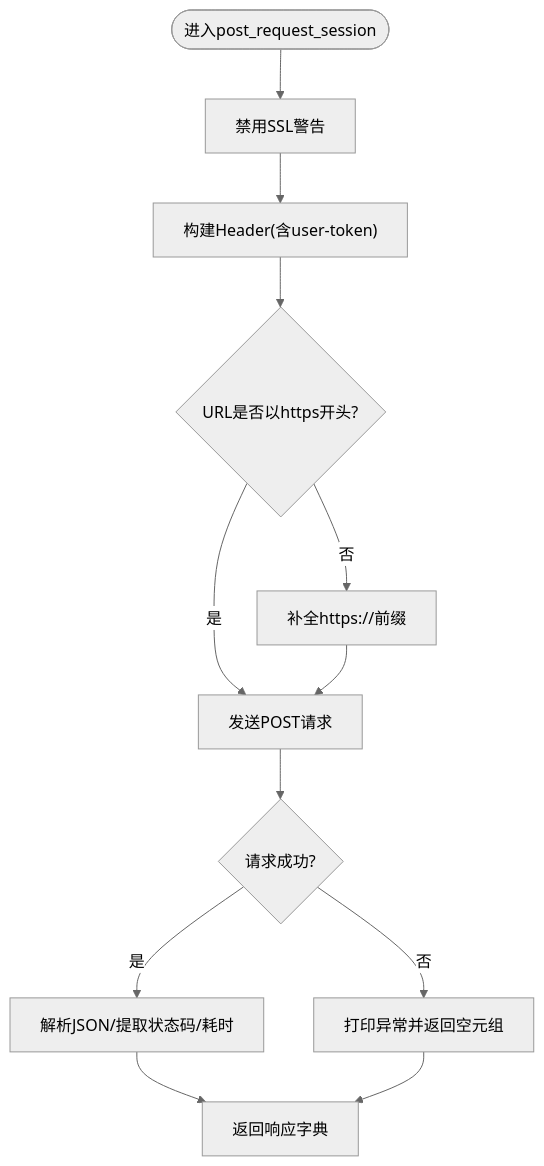
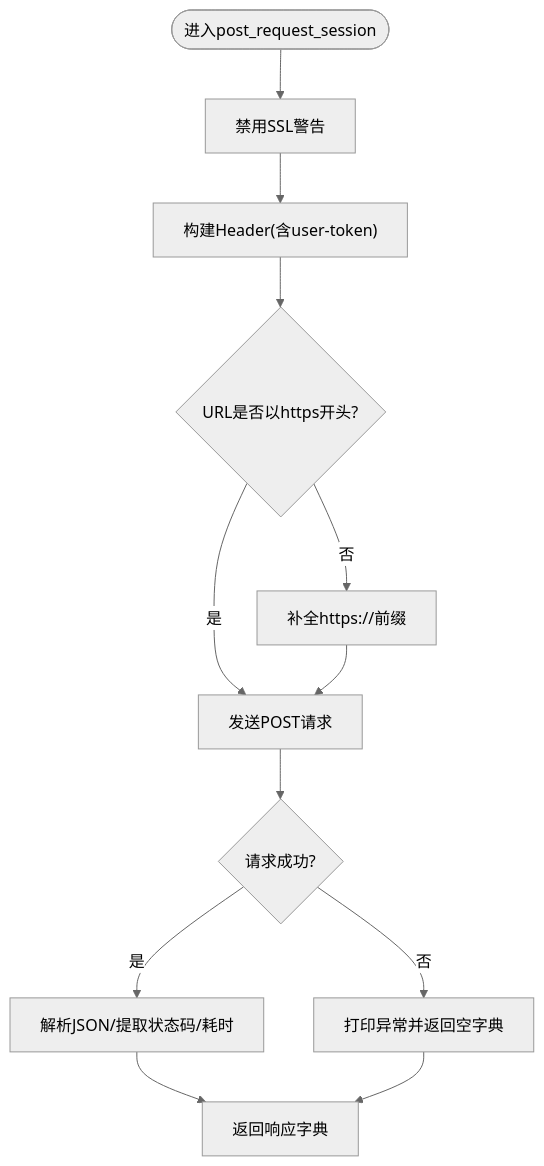
The third of 6 diagrams in .qoder/repowiki/zh/content/核心模块/核心模块.md (liximing1-ola/qa-payTest), drawn with Mermaid (neutral theme) before and after one commit. The commit also changed other lines of this file and 13 other files, not shown here.

````diff
--- a/.qoder/repowiki/zh/content/核心模块/核心模块.md
+++ b/.qoder/repowiki/zh/content/核心模块/核心模块.md
@@ -207,14 +236,14 @@
 ```mermaid
 flowchart TD
 Start(["进入post_request_session"]) --> Warn["禁用SSL警告"]
 Warn --> BuildHeader["构建Header(含user-token)"]
 BuildHeader --> FixProto{"URL是否以https开头?"}
 FixProto --> |否| AddProto["补全https://前缀"]
 FixProto --> |是| Post["发送POST请求"]
 AddProto --> Post
 Post --> TryResp{"请求成功?"}
-TryResp --> |否| HandleErr["打印异常并返回空元组"]
+TryResp --> |否| HandleErr["打印异常并返回空字典"]
 TryResp --> |是| Parse["解析JSON/提取状态码/耗时"]
 Parse --> Return["返回响应字典"]
 HandleErr --> Return
 ```
````
